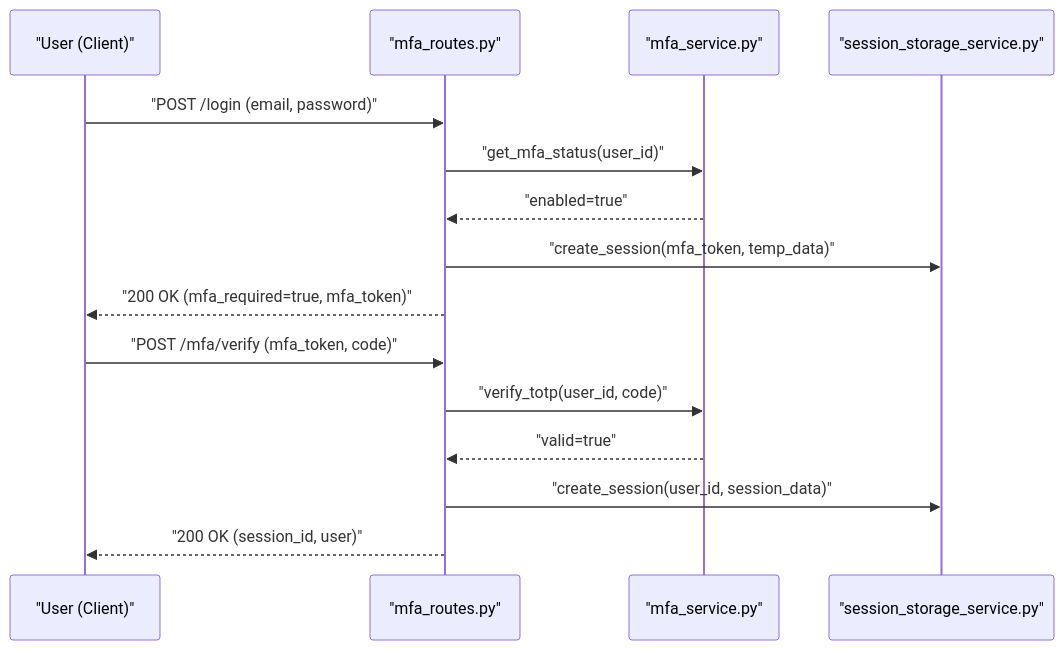
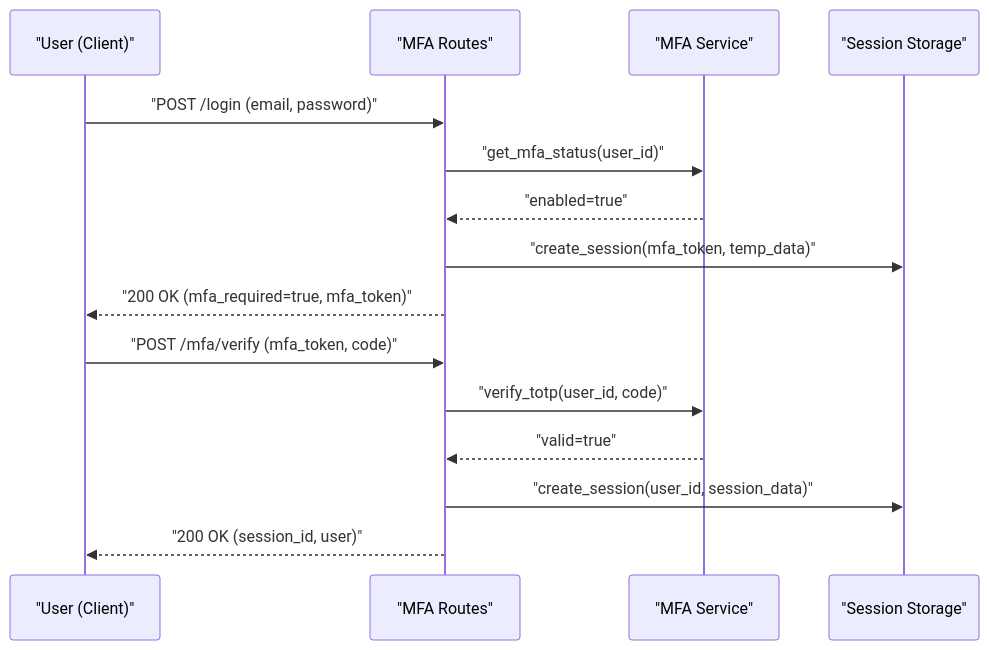
The second of 2 diagrams in docs/authentication/session-management.md (niteshsaini/offloadsecurity-docs), drawn with Mermaid before and after one commit. The commit also changed other lines of this file and 16 other files, not shown here.

````diff
--- a/docs/authentication/session-management.md
+++ b/docs/authentication/session-management.md
@@ -99,19 +96,19 @@
 ```mermaid
 sequenceDiagram
     participant U as "User (Client)"
-    participant R as "mfa_routes.py"
-    participant M as "mfa_service.py"
-    participant S as "session_storage_service.py"
+    participant R as "MFA Routes"
+    participant M as "MFA Service"
+    participant S as "Session Storage"
 
     U->>R: "POST /login (email, password)"
     R->>M: "get_mfa_status(user_id)"
     M-->>R: "enabled=true"
     R->>S: "create_session(mfa_token, temp_data)"
     R-->>U: "200 OK (mfa_required=true, mfa_token)"
     
     U->>R: "POST /mfa/verify (mfa_token, code)"
     R->>M: "verify_totp(user_id, code)"
     M-->>R: "valid=true"
     R->>S: "create_session(user_id, session_data)"
     R-->>U: "200 OK (session_id, user)"
 ```
````
